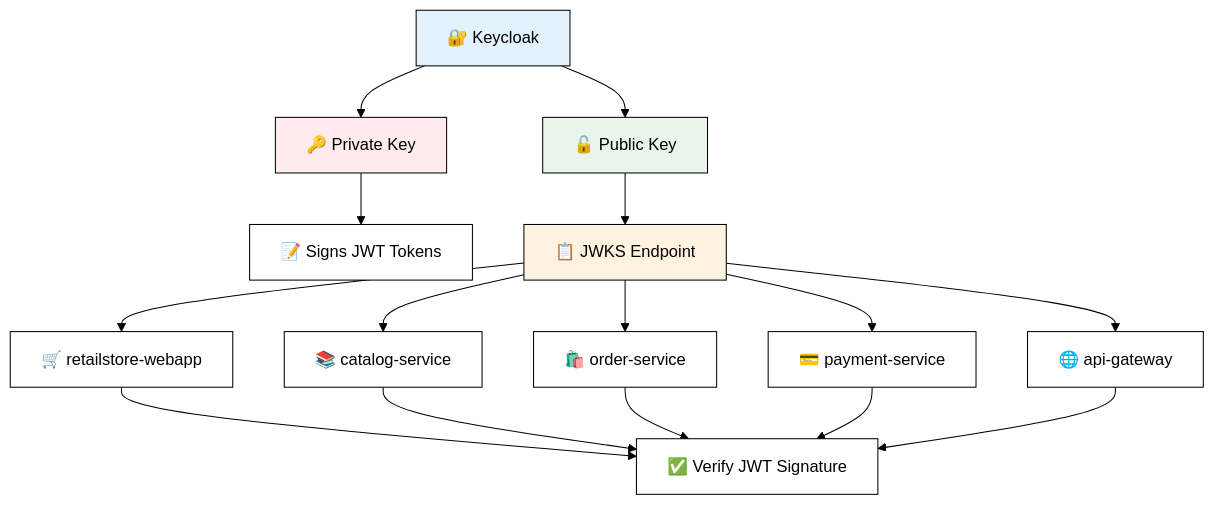
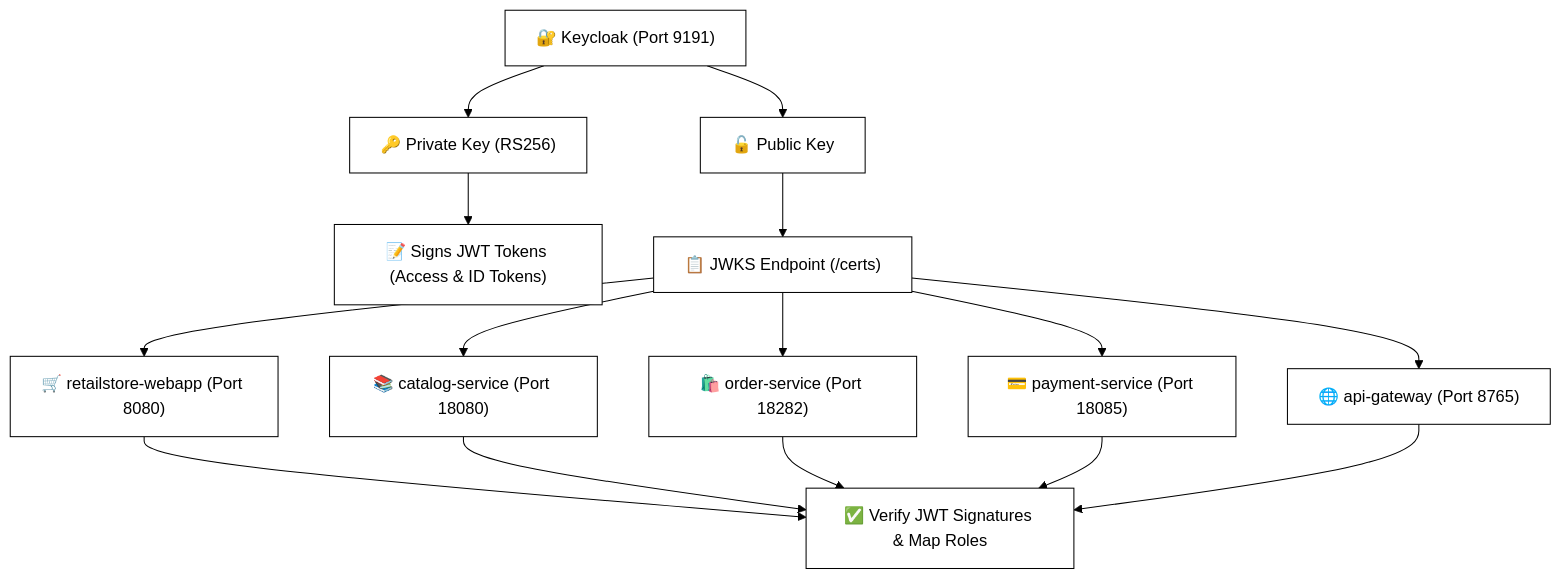
One commit to rajadilipkolli/spring-boot-microservices-series-v2 changed the first of 2 diagrams in retail-store-webapp/JWKS-Keys-Explained.md. Above: the diagram before and after it, drawn with Mermaid. The commit also changed other lines of this file and 51 other files, not shown here.

````diff
--- a/retail-store-webapp/JWKS-Keys-Explained.md
+++ b/retail-store-webapp/JWKS-Keys-Explained.md
@@ -14,26 +14,21 @@
 ```mermaid
 %%{init: {'theme':'base', 'themeVariables': {'primaryColor': '#ffffff', 'primaryTextColor': '#000000', 'primaryBorderColor': '#000000', 'lineColor': '#000000', 'secondaryColor': '#f8f9fa', 'tertiaryColor': '#ffffff', 'background': '#ffffff', 'mainBkg': '#ffffff', 'secondBkg': '#f8f9fa', 'tertiaryBkg': '#ffffff'}}}%%
 flowchart TD
-    A[🔐 Keycloak] --> B[🔑 Private Key]
-    A --> C[🔓 Public Key]
+    A["🔐 Keycloak (Port 9191)"] --> B["🔑 Private Key (RS256)"]
+    A --> C["🔓 Public Key"]
     
-    B --> D[📝 Signs JWT Tokens]
-    C --> E[📋 JWKS Endpoint]
+    B --> D["📝 Signs JWT Tokens (Access & ID Tokens)"]
+    C --> E["📋 JWKS Endpoint (/certs)"]
     
-    E --> F[🛒 retailstore-webapp]
-    E --> G[📚 catalog-service]
-    E --> H[🛍️ order-service]
-    E --> I[💳 payment-service]
-    E --> J[🌐 api-gateway]
+    E --> F["🛒 retailstore-webapp (Port 8080)"]
+    E --> G["📚 catalog-service (Port 18080)"]
+    E --> H["🛍️ order-service (Port 18282)"]
+    E --> I["💳 payment-service (Port 18085)"]
+    E --> J["🌐 api-gateway (Port 8765)"]
     
-    F --> K[✅ Verify JWT Signature]
+    F --> K["✅ Verify JWT Signatures & Map Roles"]
     G --> K
     H --> K
     I --> K
     J --> K
-    
-    style A fill:#e3f2fd
-    style B fill:#ffebee
-    style C fill:#e8f5e8
-    style E fill:#fff3e0
 ```
````
